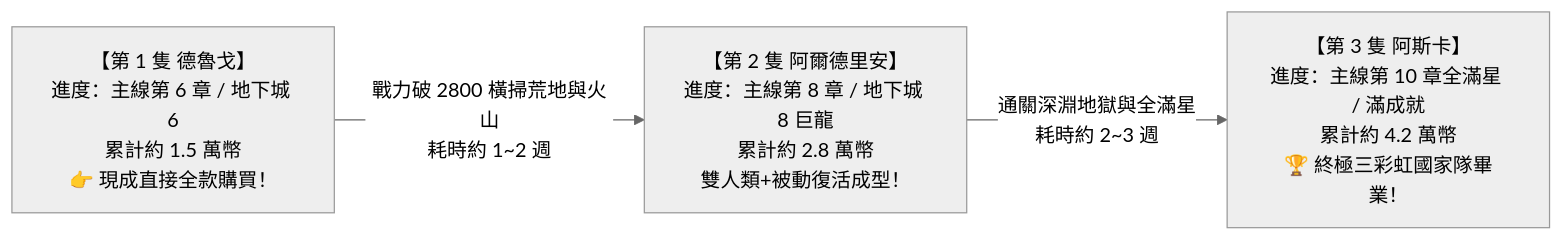
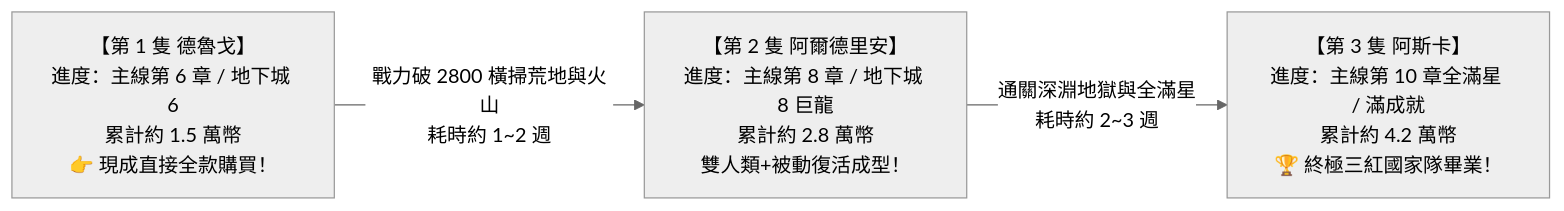
One commit to alu98753/Blackfire-CV-Autopilot changed the second of 2 diagrams in meta_data/Game_docs/Coin/Hero_coin.md. Above: the diagram before and after it, drawn with Mermaid (neutral theme). The commit also changed other lines of this file and 18 other files, not shown here.

````diff
--- a/meta_data/Game_docs/Coin/Hero_coin.md
+++ b/meta_data/Game_docs/Coin/Hero_coin.md
@@ -166,6 +166,6 @@
 ```mermaid
 graph LR
     A["【第 1 隻 德魯戈】<br>進度：主線第 6 章 / 地下城 6<br>累計約 1.5 萬幣<br>👉 現成直接全款購買！"] 
     -->|戰力破 2800 橫掃荒地與火山<br>耗時約 1~2 週| B["【第 2 隻 阿爾德里安】<br>進度：主線第 8 章 / 地下城 8 巨龍<br>累計約 2.8 萬幣<br>雙人類+被動復活成型！"]
-    -->|通關深淵地獄與全滿星<br>耗時約 2~3 週| C["【第 3 隻 阿斯卡】<br>進度：主線第 10 章全滿星 / 滿成就<br>累計約 4.2 萬幣<br>🏆 終極三彩虹國家隊畢業！"]
+    -->|通關深淵地獄與全滿星<br>耗時約 2~3 週| C["【第 3 隻 阿斯卡】<br>進度：主線第 10 章全滿星 / 滿成就<br>累計約 4.2 萬幣<br>🏆 終極三紅國家隊畢業！"]
 ```
````
